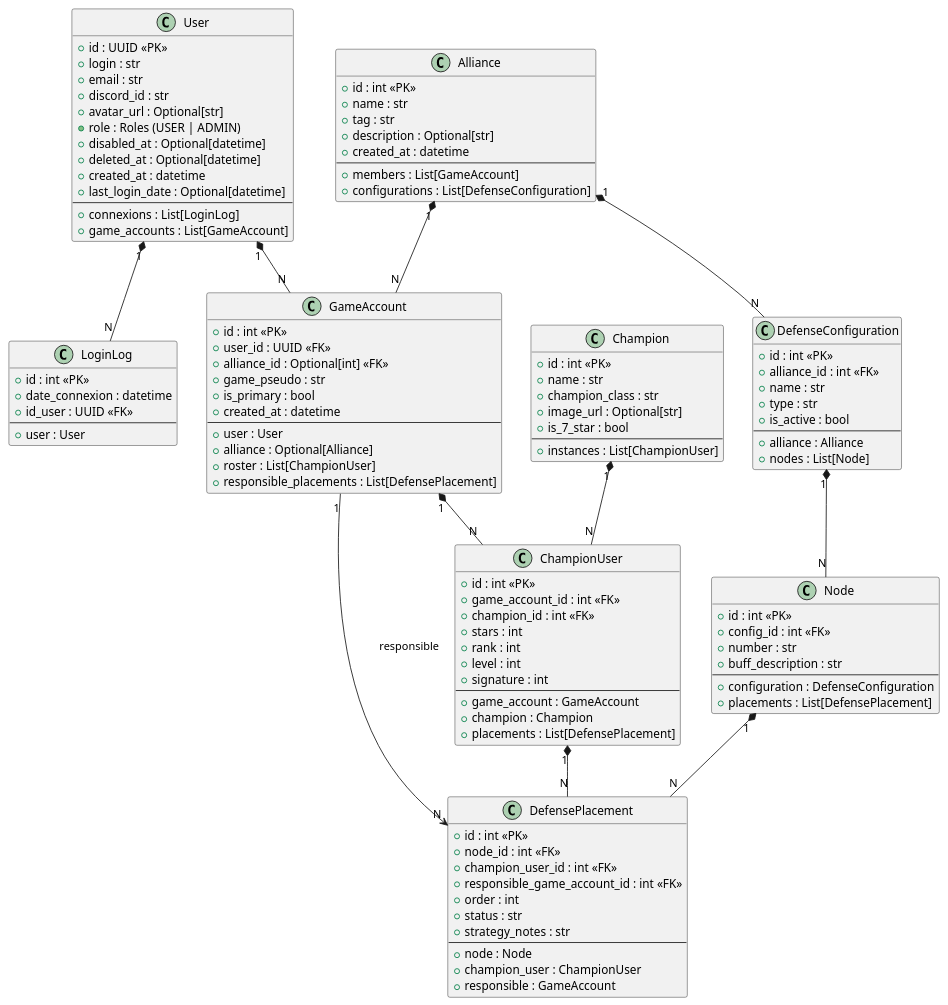
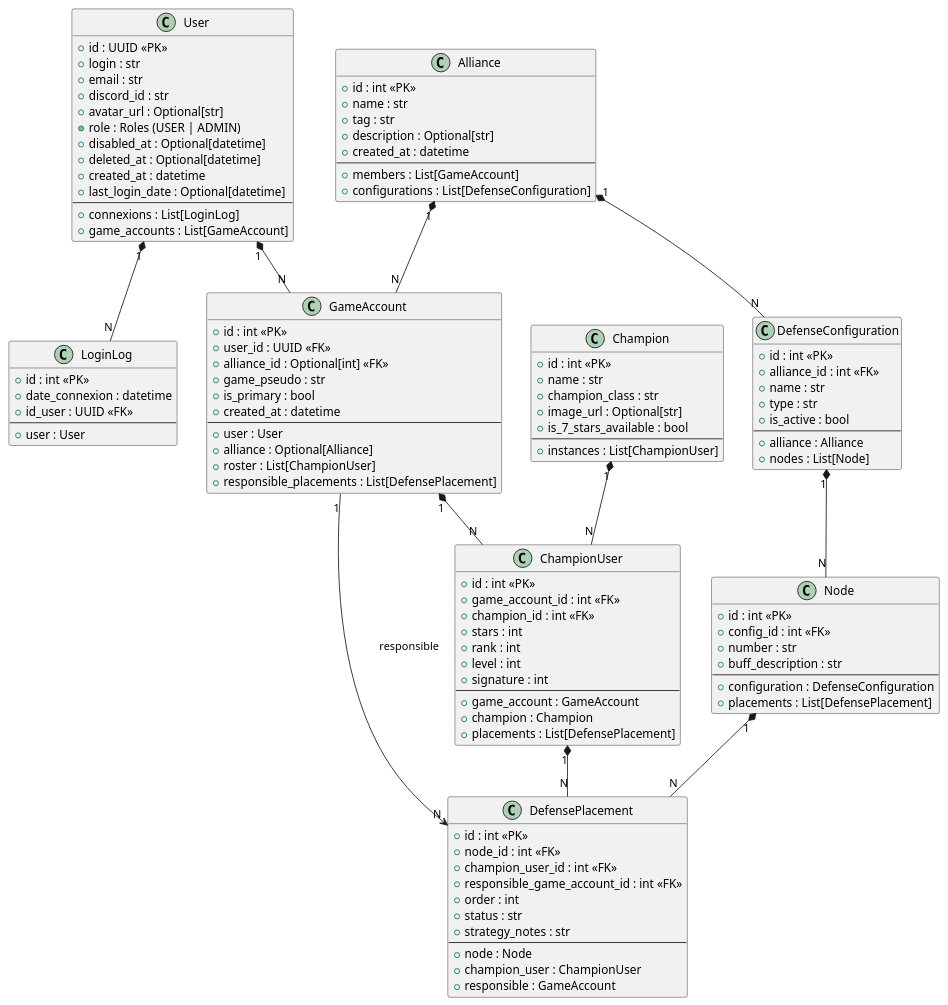
Before and after one commit to SNEAXIII/Mawster: the diagram in api/docs/diag_class.puml, drawn with PlantUML. The commit also changed 21 other files, not shown here.

First line of the commit message:
refactor: rename is_7_star to is_7_stars_available

```diff
--- a/api/docs/diag_class.puml
+++ b/api/docs/diag_class.puml
@@ -1,123 +1,123 @@
 @startuml Class_FastAPI
 
   class User {
     + id : UUID <<PK>>
     + login : str
     + email : str
     + discord_id : str
     + avatar_url : Optional[str]
     + role : Roles (USER | ADMIN)
     + disabled_at : Optional[datetime]
     + deleted_at : Optional[datetime]
     + created_at : datetime
     + last_login_date : Optional[datetime]
     --
     + connexions : List[LoginLog]
     + game_accounts : List[GameAccount]
   }
 
   class LoginLog {
     + id : int <<PK>>
     + date_connexion : datetime
     + id_user : UUID <<FK>>
     --
     + user : User
   }
 
   class Alliance {
     + id : int <<PK>>
     + name : str
     + tag : str
     + description : Optional[str]
     + created_at : datetime
     --
     + members : List[GameAccount]
     + configurations : List[DefenseConfiguration]
   }
 
   class GameAccount {
     + id : int <<PK>>
     + user_id : UUID <<FK>>
     + alliance_id : Optional[int] <<FK>>
     + game_pseudo : str
     + is_primary : bool
     + created_at : datetime
     --
     + user : User
     + alliance : Optional[Alliance]
     + roster : List[ChampionUser]
     + responsible_placements : List[DefensePlacement]
   }
 
   class Champion {
     + id : int <<PK>>
     + name : str
     + champion_class : str
     + image_url : Optional[str]
-    + is_7_star : bool
+    + is_7_stars_available : bool
     --
     + instances : List[ChampionUser]
   }
 
   class ChampionUser {
     + id : int <<PK>>
     + game_account_id : int <<FK>>
     + champion_id : int <<FK>>
     + stars : int
     + rank : int
     + level : int
     + signature : int
     --
     + game_account : GameAccount
     + champion : Champion
     + placements : List[DefensePlacement]
   }
 
   class DefenseConfiguration {
     + id : int <<PK>>
     + alliance_id : int <<FK>>
     + name : str
     + type : str
     + is_active : bool
     --
     + alliance : Alliance
     + nodes : List[Node]
   }
 
   class Node {
     + id : int <<PK>>
     + config_id : int <<FK>>
     + number : str
     + buff_description : str
     --
     + configuration : DefenseConfiguration
     + placements : List[DefensePlacement]
   }
 
   class DefensePlacement {
     + id : int <<PK>>
     + node_id : int <<FK>>
     + champion_user_id : int <<FK>>
     + responsible_game_account_id : int <<FK>>
     + order : int
     + status : str
     + strategy_notes : str
     --
     + node : Node
     + champion_user : ChampionUser
     + responsible : GameAccount
   }
 
 
 User "1" *-- "N" LoginLog
 User "1" *-- "N" GameAccount
 Alliance "1" *-- "N" GameAccount
 GameAccount "1" *-- "N" ChampionUser
 Champion "1" *-- "N" ChampionUser
 Alliance "1" *-- "N" DefenseConfiguration
 DefenseConfiguration "1" *-- "N" Node
 Node "1" *-- "N" DefensePlacement
 ChampionUser "1" *-- "N" DefensePlacement
 GameAccount "1" --> "N" DefensePlacement : responsible
 
 @enduml
```
